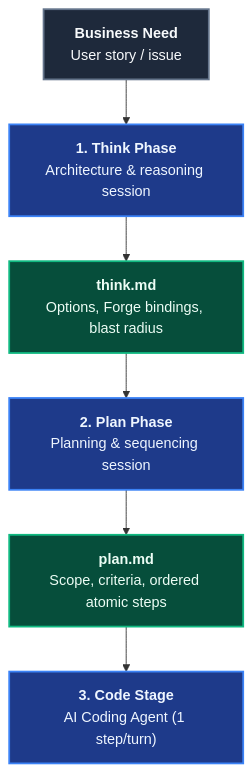
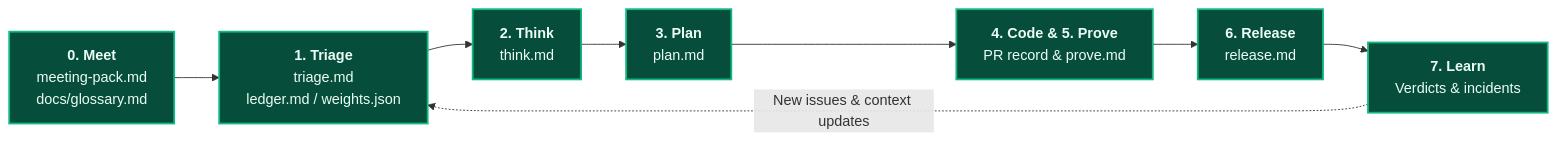
The fifth of 5 diagrams in website/docs/guide/persistent-context.md (ALTEN-group/coding-pal), drawn with Mermaid before and after one commit. The commit also changed other lines of this file and 49 other files, not shown here.

````diff
--- a/website/docs/guide/persistent-context.md
+++ b/website/docs/guide/persistent-context.md
@@ -250,19 +237,16 @@
 ```mermaid
 ---
-caption: Phased Specification Architecture (Think -> Plan -> Code)
+caption: Repository Artifacts as Persistent Context Across Stages
 ---
-flowchart TD
-    BN["<b>Business Need</b><br/>User story / issue"] --> T["<b>1. Think Phase</b><br/>Architecture & reasoning session"]
-    T --> TM["<b>think.md</b><br/>Options, Forge bindings, blast radius"]
-    TM --> P["<b>2. Plan Phase</b><br/>Planning & sequencing session"]
-    P --> PM["<b>plan.md</b><br/>Scope, criteria, ordered atomic steps"]
-    PM --> B["<b>3. Code Stage</b><br/>AI Coding Agent (1 step/turn)"]
+flowchart LR
+    M["<b>0. Meet</b><br/>meeting-pack.md<br/>docs/glossary.md"] --> TR["<b>1. Triage</b><br/>triage.md<br/>ledger.md / weights.json"]
+    TR --> TH["<b>2. Think</b><br/>think.md"]
+    TH --> PL["<b>3. Plan</b><br/>plan.md"]
+    PL --> CD["<b>4. Code &amp; 5. Prove</b><br/>PR record &amp; prove.md"]
+    CD --> RL["<b>6. Release</b><br/>release.md"]
+    RL --> LN["<b>7. Learn</b><br/>Verdicts &amp; incidents"]
+    LN -.->|"New issues &amp; context updates"| TR
 
-    classDef stage fill:#1e3a8a,stroke:#3b82f6,stroke-width:2px,color:#eff6ff;
     classDef artifact fill:#064e3b,stroke:#10b981,stroke-width:2px,color:#ecfdf5;
-    classDef input fill:#1e293b,stroke:#64748b,stroke-width:2px,color:#f8fafc;
-
-    class BN input;
-    class T,P,B stage;
-    class TM,PM artifact;
+    class M,TR,TH,PL,CD,RL,LN artifact;
 ```
````
